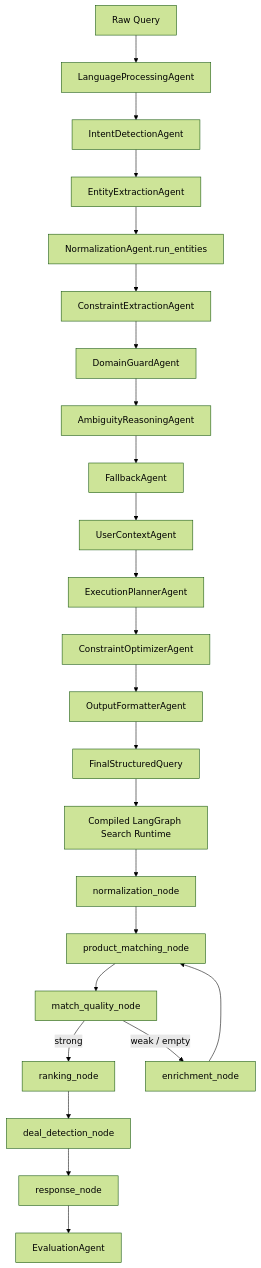
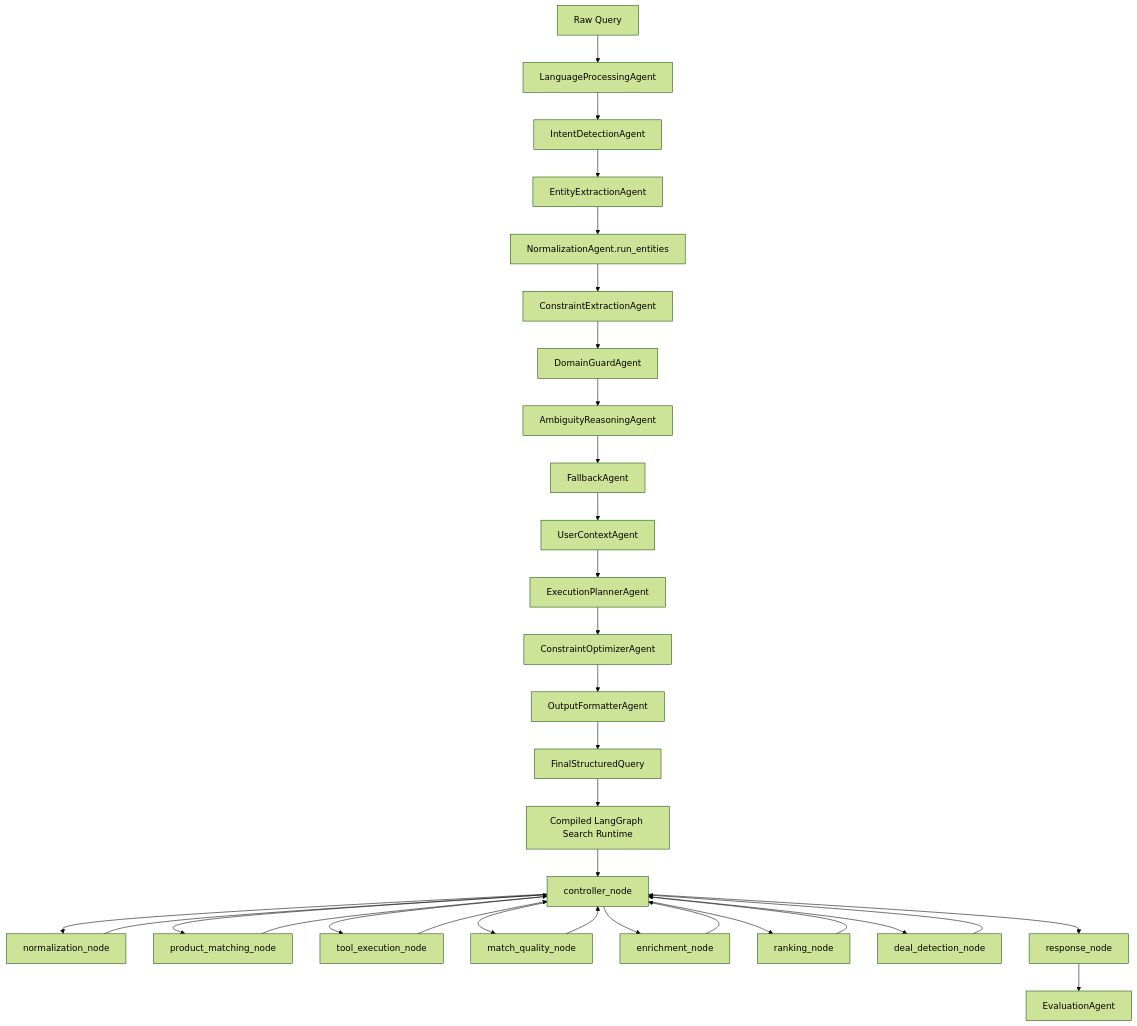
One commit to chandankumar123456/smartcart-ai-backend changed the diagram in app/agents/README.md. Above: the diagram before and after it, drawn with Mermaid (forest theme). The commit also changed other lines of this file and 14 other files, not shown here.

First line of the commit message:
Implement controller-driven agent graph

````diff
--- a/app/agents/README.md
+++ b/app/agents/README.md
@@ -15,27 +15,35 @@
 ```mermaid
 flowchart TD
     Q[Raw Query] --> LP[LanguageProcessingAgent]
     LP --> ID[IntentDetectionAgent]
     ID --> EE[EntityExtractionAgent]
     EE --> NM[NormalizationAgent.run_entities]
     NM --> CE[ConstraintExtractionAgent]
     CE --> DG[DomainGuardAgent]
     DG --> AR[AmbiguityReasoningAgent]
     AR --> FB[FallbackAgent]
     FB --> UC[UserContextAgent]
     UC --> EP[ExecutionPlannerAgent]
     EP --> CO[ConstraintOptimizerAgent]
     CO --> OF[OutputFormatterAgent]
     OF --> FSQ[FinalStructuredQuery]
 
     FSQ --> SG[Compiled LangGraph Search Runtime]
-    SG --> NM1[normalization_node]
-    NM1 --> PM[product_matching_node]
-    PM --> MQ[match_quality_node]
-    MQ -->|strong| RK[ranking_node]
-    MQ -->|weak / empty| EN[enrichment_node]
-    EN --> PM
-    RK --> DD[deal_detection_node]
-    DD --> RB[response_node]
+    SG --> CT[controller_node]
+    CT --> NM1[normalization_node]
+    CT --> PM[product_matching_node]
+    CT --> TN[tool_execution_node]
+    CT --> MQ[match_quality_node]
+    CT --> EN[enrichment_node]
+    CT --> RK[ranking_node]
+    CT --> DD[deal_detection_node]
+    CT --> RB[response_node]
+    NM1 --> CT
+    PM --> CT
+    TN --> CT
+    MQ --> CT
+    EN --> CT
+    RK --> CT
+    DD --> CT
     RB --> EV[EvaluationAgent]
 ```
````
